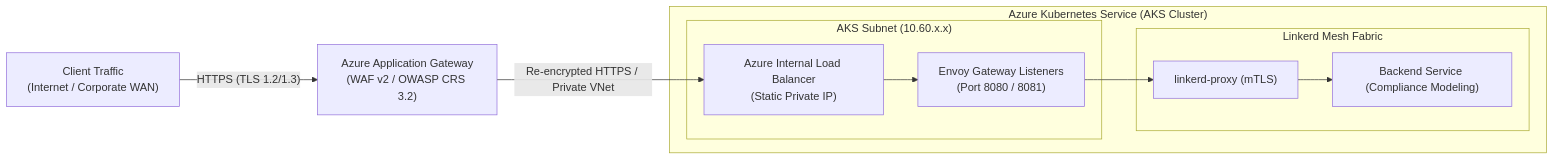
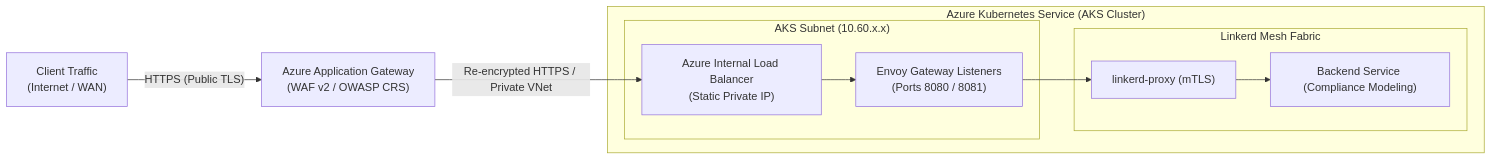
One commit to kkanapadinjaru/delivery-pulse changed the fourth of 5 diagrams in solvas-stack-architecture.md. Above: the diagram before and after it, drawn with Mermaid. The commit also changed other lines of this file, not shown here.

First line of the commit message:
Revise Solvas Stack Architecture for modernization

````diff
--- a/solvas-stack-architecture.md
+++ b/solvas-stack-architecture.md
@@ -291,21 +255,21 @@
 ```mermaid
 flowchart LR
-    Client["Client Traffic<br/>(Internet / Corporate WAN)"] -->|"HTTPS (TLS 1.2/1.3)"| AAG["Azure Application Gateway<br/>(WAF v2 / OWASP CRS 3.2)"]
+    Client["Client Traffic<br/>(Internet / WAN)"] -->|"HTTPS (Public TLS)"| AAG["Azure Application Gateway<br/>(WAF v2 / OWASP CRS)"]
     
     subgraph AKSCluster["Azure Kubernetes Service (AKS Cluster)"]
         subgraph Subnet["AKS Subnet (10.60.x.x)"]
             ILB["Azure Internal Load Balancer<br/>(Static Private IP)"]
-            EGListener["Envoy Gateway Listeners<br/>(Port 8080 / 8081)"]
+            EGListener["Envoy Gateway Listeners<br/>(Ports 8080 / 8081)"]
         end
         
         subgraph MeshNetwork["Linkerd Mesh Fabric"]
             LinkerdProxy["linkerd-proxy (mTLS)"]
             TargetApp["Backend Service (Compliance Modeling)"]
         end
     end
 
     AAG -->|"Re-encrypted HTTPS / Private VNet"| ILB
     ILB --> EGListener
     EGListener --> LinkerdProxy
     LinkerdProxy --> TargetApp
 ```
````
